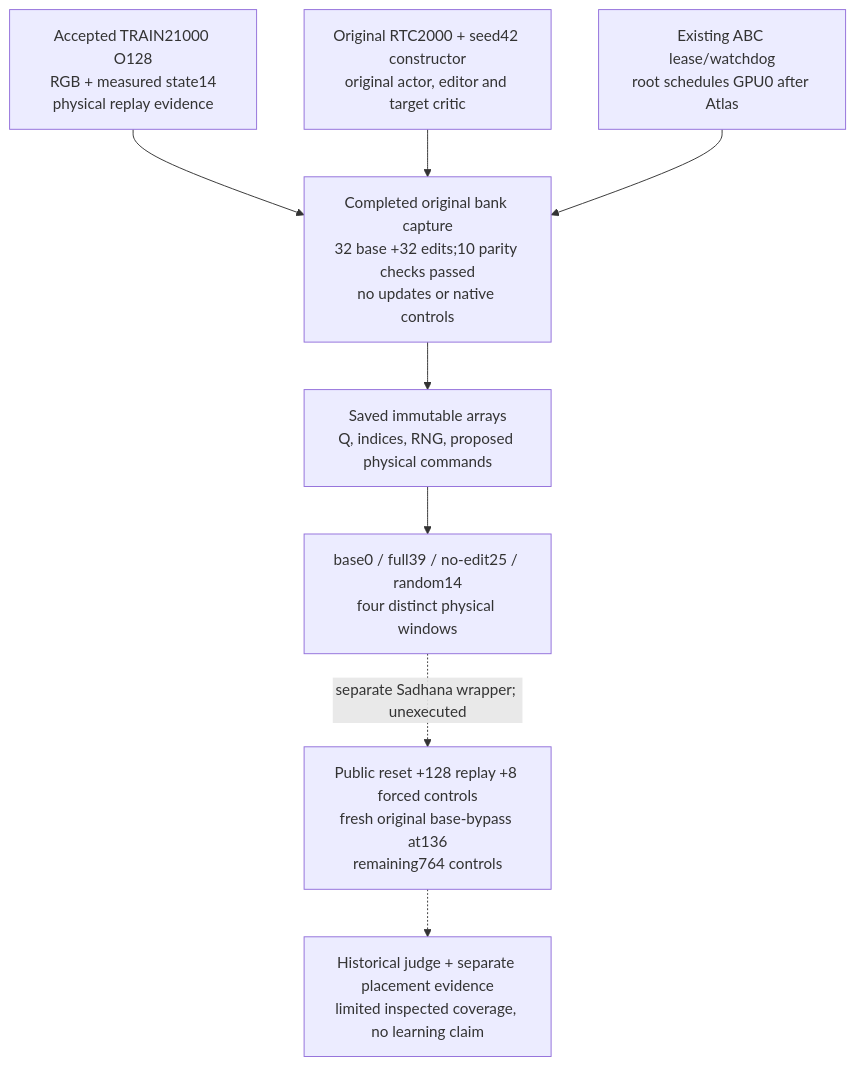
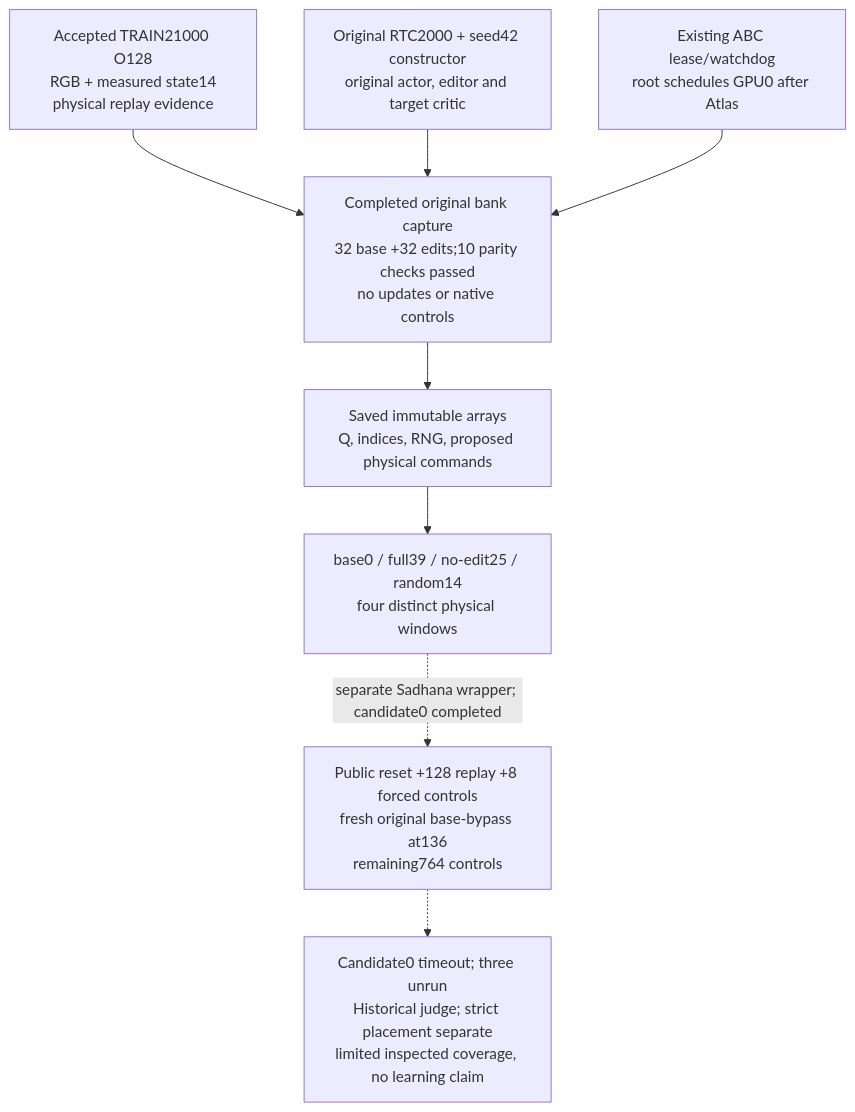
Before and after one commit to aditya9729/abc: the diagram in docs/bench/FAILURE_CANDIDATE_BANK.mmd, drawn with Mermaid. The commit also changed 1 other file, not shown here.

Commit message:
Link accepted first EXPO candidate continuation outcome

```diff
--- a/docs/bench/FAILURE_CANDIDATE_BANK.mmd
+++ b/docs/bench/FAILURE_CANDIDATE_BANK.mmd
@@ -1,8 +1,8 @@
 flowchart TD
   CAP["Accepted TRAIN21000 O128\nRGB + measured state14\nphysical replay evidence"] --> BANK
   SOURCE["Original RTC2000 + seed42 constructor\noriginal actor, editor and target critic"] --> BANK
   BANK["Completed original bank capture\n32 base +32 edits;10 parity checks passed\nno updates or native controls"] --> ARRAY["Saved immutable arrays\nQ, indices, RNG, proposed physical commands"]
   ARRAY --> PICK["base0 / full39 / no-edit25 / random14\nfour distinct physical windows"]
-  PICK -. "separate Sadhana wrapper; unexecuted" .-> BRANCH["Public reset +128 replay +8 forced controls\nfresh original base-bypass at136\nremaining764 controls"]
-  BRANCH -.-> OUTCOME["Historical judge + separate placement evidence\nlimited inspected coverage, no learning claim"]
+  PICK -. "separate Sadhana wrapper; candidate0 completed" .-> BRANCH["Public reset +128 replay +8 forced controls\nfresh original base-bypass at136\nremaining764 controls"]
+  BRANCH -.-> OUTCOME["Candidate0 timeout; three unrun\nHistorical judge; strict placement separate\nlimited inspected coverage, no learning claim"]
   LEASE["Existing ABC lease/watchdog\nroot schedules GPU0 after Atlas"] --> BANK
```
